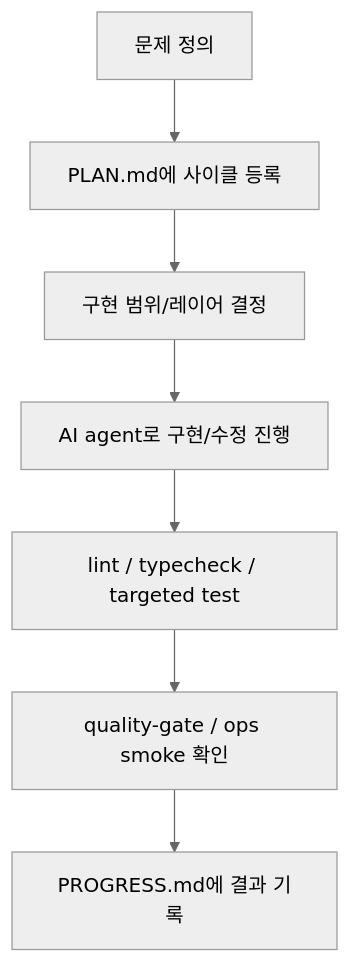
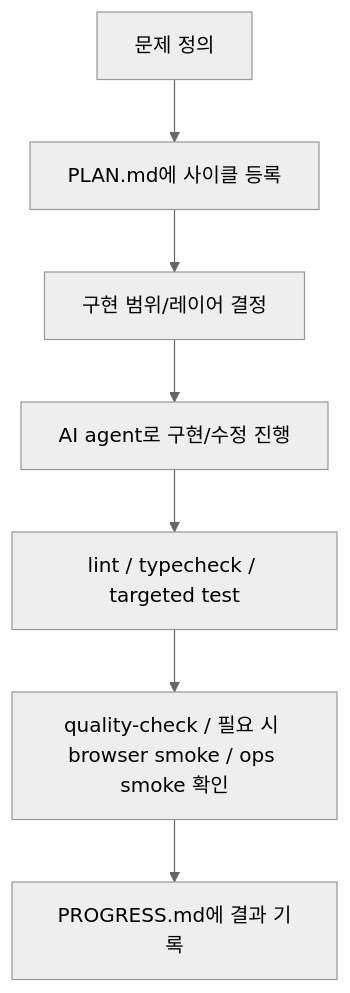
Before and after one commit to answndud/townpet: the diagram in blog/23-how-ai-agents-were-used-in-real-development.md, drawn with Mermaid (neutral theme). The commit also changed 30 other files, not shown here.

````diff
--- a/blog/23-how-ai-agents-were-used-in-real-development.md
+++ b/blog/23-how-ai-agents-were-used-in-real-development.md
@@ -89,9 +89,9 @@
 ```mermaid
 flowchart TD
   A["문제 정의"] --> B["PLAN.md에 사이클 등록"]
   B --> C["구현 범위/레이어 결정"]
   C --> D["AI agent로 구현/수정 진행"]
   D --> E["lint / typecheck / targeted test"]
-  E --> F["quality-gate / ops smoke 확인"]
+  E --> F["quality-check / 필요 시 browser smoke / ops smoke 확인"]
   F --> G["PROGRESS.md에 결과 기록"]
 ```
````
